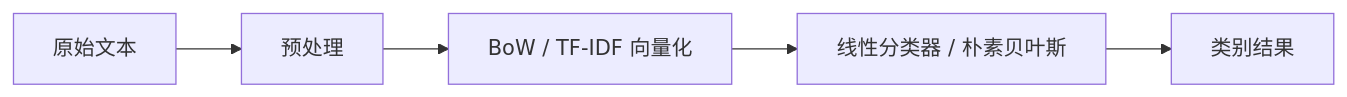
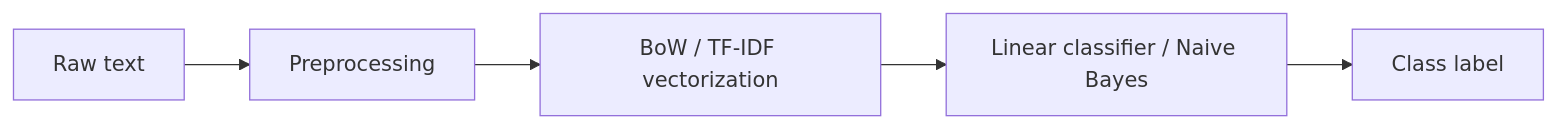
The diagram in docs/ch11-nlp/ch03-classification/01-traditional-methods.md (oudbiao/AI-fullstack-course), drawn with Mermaid before and after one commit. The commit also changed other lines of this file and 1406 other files, not shown here.

````diff
--- a/docs/ch11-nlp/ch03-classification/01-traditional-methods.md
+++ b/docs/ch11-nlp/ch03-classification/01-traditional-methods.md
@@ -45,7 +45,7 @@
 ```mermaid
 flowchart LR
-    A["原始文本"] --> B["预处理"]
-    B --> C["BoW / TF-IDF 向量化"]
-    C --> D["线性分类器 / 朴素贝叶斯"]
-    D --> E["类别结果"]
+    A["Raw text"] --> B["Preprocessing"]
+    B --> C["BoW / TF-IDF vectorization"]
+    C --> D["Linear classifier / Naive Bayes"]
+    D --> E["Class label"]
 ```
````
